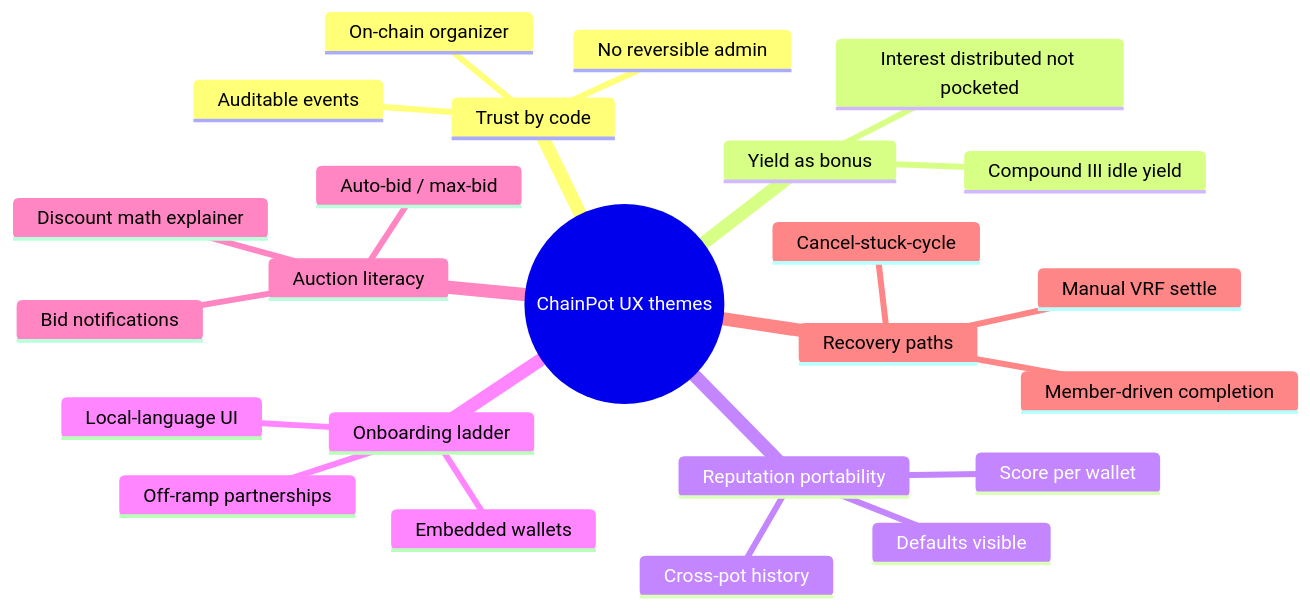
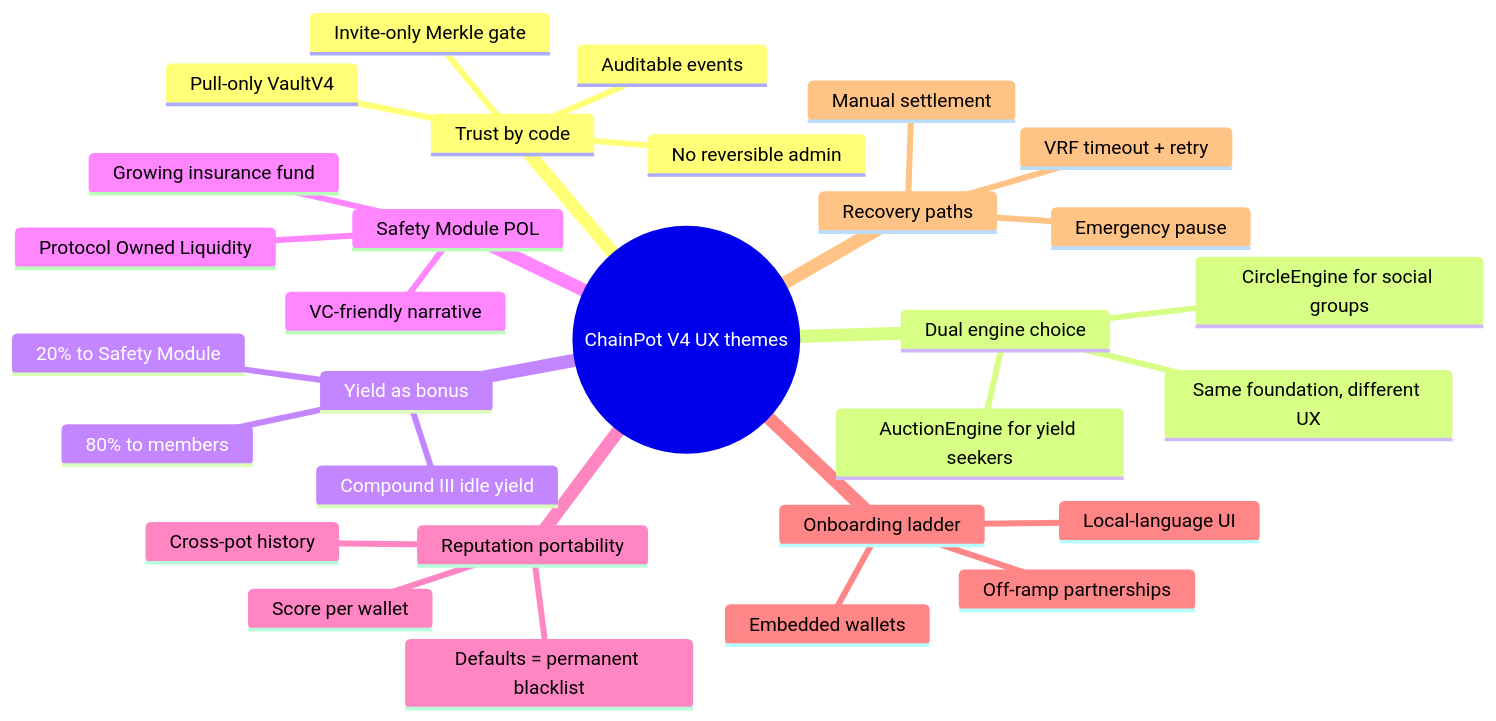
One commit to Web3Spell/chainpot changed the sixth of 6 diagrams in userpersona.md. Above: the diagram before and after it, drawn with Mermaid. The commit also changed other lines of this file and 1 other file, not shown here.

````diff
--- a/userpersona.md
+++ b/userpersona.md
@@ -237,27 +266,33 @@
 ```mermaid
 mindmap
-    root((ChainPot UX themes))
+    root((ChainPot V4 UX themes))
       Trust by code
-        On-chain organizer
+        Invite-only Merkle gate
+        Pull-only VaultV4
         No reversible admin
         Auditable events
+      Dual engine choice
+        CircleEngine for social groups
+        AuctionEngine for yield seekers
+        Same foundation, different UX
       Yield as bonus
         Compound III idle yield
-        Interest distributed not pocketed
+        80% to members
+        20% to Safety Module
+      Safety Module POL
+        Protocol Owned Liquidity
+        Growing insurance fund
+        VC-friendly narrative
       Reputation portability
         Score per wallet
-        Defaults visible
+        Defaults = permanent blacklist
         Cross-pot history
       Onboarding ladder
         Embedded wallets
         Local-language UI
         Off-ramp partnerships
-      Auction literacy
-        Discount math explainer
-        Auto-bid / max-bid
-        Bid notifications
       Recovery paths
-        Cancel-stuck-cycle
-        Manual VRF settle
-        Member-driven completion
+        VRF timeout + retry
+        Manual settlement
+        Emergency pause
 ```
````
